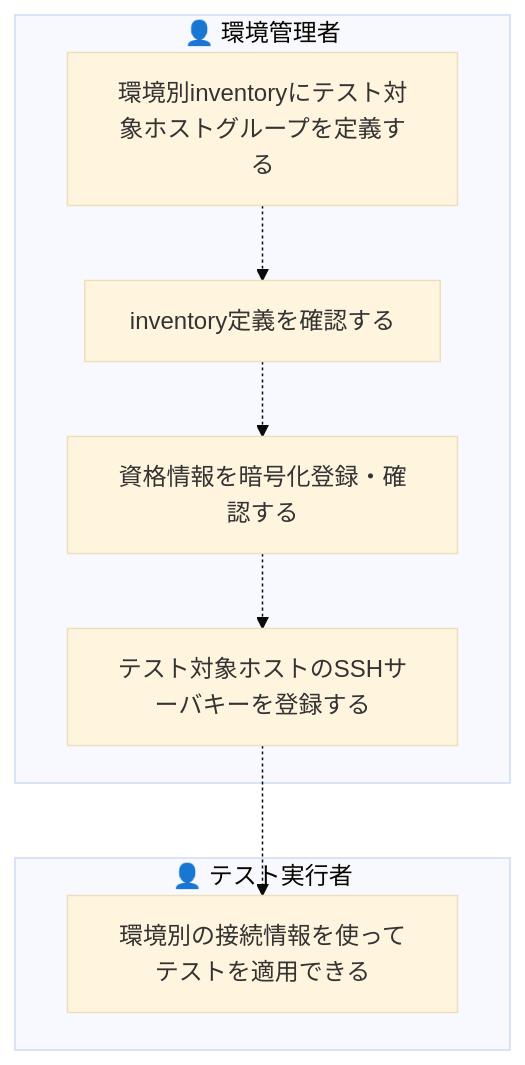
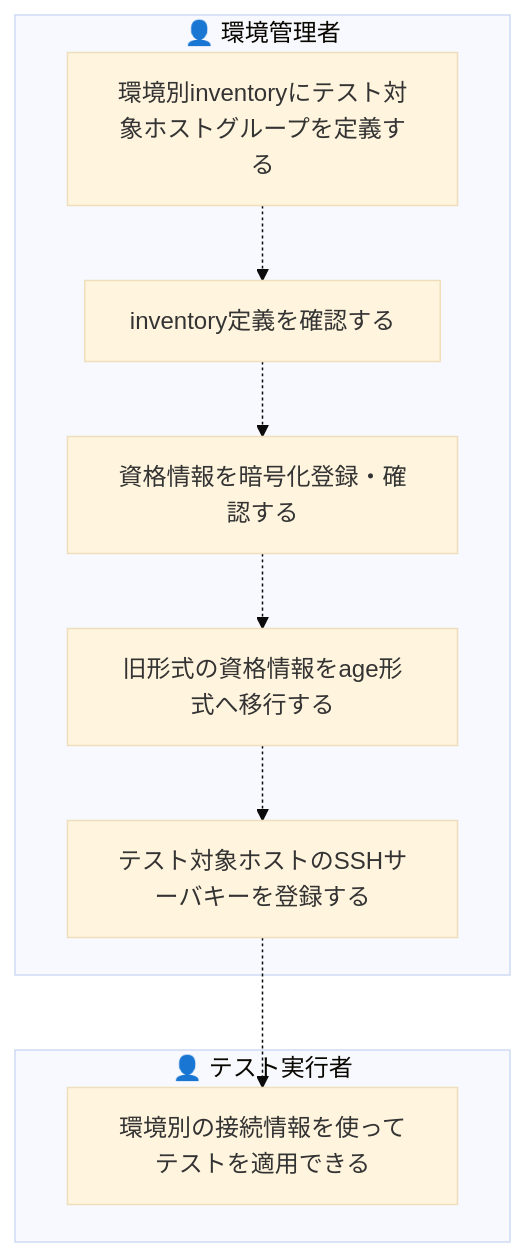
The third of 8 diagrams in docs/rdra/latest/views/03_業務フロー.md (scenario-test-framework/stfw), drawn with Mermaid (base theme) before and after one commit. The commit also changed other lines of this file and 22 other files, not shown here.

First line of the commit message:
docs(requirements): v1.0 リアーキテクティングを USDM/RDRA に反映 (event: 20260708_084933_v1_rearchitecting)

````diff
--- a/docs/rdra/latest/views/03_業務フロー.md
+++ b/docs/rdra/latest/views/03_業務フロー.md
@@ -64,16 +61,18 @@
 ```mermaid
 graph TD
   subgraph LN1["👤 環境管理者"]
     AT1["環境別inventoryにテスト対象ホストグループを定義する"]
     AT2["inventory定義を確認する"]
     AT3["資格情報を暗号化登録・確認する"]
-    AT4["テスト対象ホストのSSHサーバキーを登録する"]
+    AT4["旧形式の資格情報をage形式へ移行する"]
+    AT5["テスト対象ホストのSSHサーバキーを登録する"]
   end
   subgraph LN2["👤 テスト実行者"]
-    AT5["環境別の接続情報を使ってテストを適用できる"]
+    AT6["環境別の接続情報を使ってテストを適用できる"]
   end
   AT1 -.-> AT2
   AT2 -.-> AT3
   AT3 -.-> AT4
   AT4 -.-> AT5
+  AT5 -.-> AT6
 ```
````
